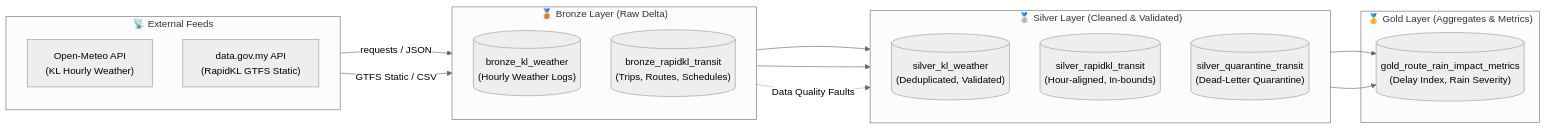
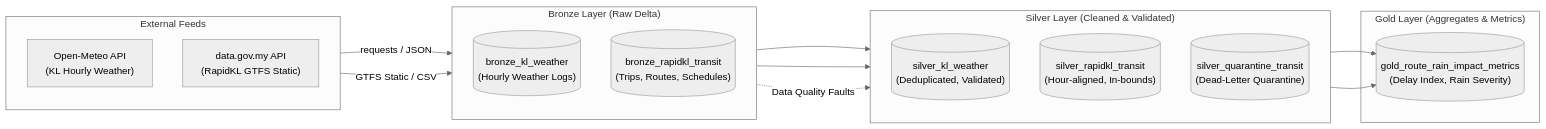
Before and after one commit to ReapZaysh/klang-valley-transit-weather-pipeline: the diagram in README.md, drawn with Mermaid (neutral theme). The commit also changed other lines of this file and 2 other files, not shown here.

````diff
--- a/README.md
+++ b/README.md
@@ -14,33 +14,33 @@
 ```mermaid
 flowchart LR
-    subgraph Raw_Sources["📡 External Feeds"]
+    subgraph Raw_Sources["External Feeds"]
         direction TB
         W["Open-Meteo API<br/>(KL Hourly Weather)"]
         T["data.gov.my API<br/>(RapidKL GTFS Static)"]
     end
 
-    subgraph Bronze["🥉 Bronze Layer (Raw Delta)"]
+    subgraph Bronze["Bronze Layer (Raw Delta)"]
         direction TB
         BW[("bronze_kl_weather<br/>(Hourly Weather Logs)")]
         BT[("bronze_rapidkl_transit<br/>(Trips, Routes, Schedules)")]
     end
 
-    subgraph Silver["🥈 Silver Layer (Cleaned & Validated)"]
+    subgraph Silver["Silver Layer (Cleaned & Validated)"]
         direction TB
         SW[("silver_kl_weather<br/>(Deduplicated, Validated)")]
         ST[("silver_rapidkl_transit<br/>(Hour-aligned, In-bounds)")]
         SQ[("silver_quarantine_transit<br/>(Dead-Letter Quarantine)")]
     end
 
-    subgraph Gold["🥇 Gold Layer (Aggregates & Metrics)"]
+    subgraph Gold["Gold Layer (Aggregates & Metrics)"]
         G[("gold_route_rain_impact_metrics<br/>(Delay Index, Rain Severity)")]
     end
 
     W -->|requests / JSON| BW
     T -->|GTFS Static / CSV| BT
     BW --> SW
     BT --> ST
     BT -.->|Data Quality Faults| SQ
     SW --> G
     ST --> G
 ```
````
